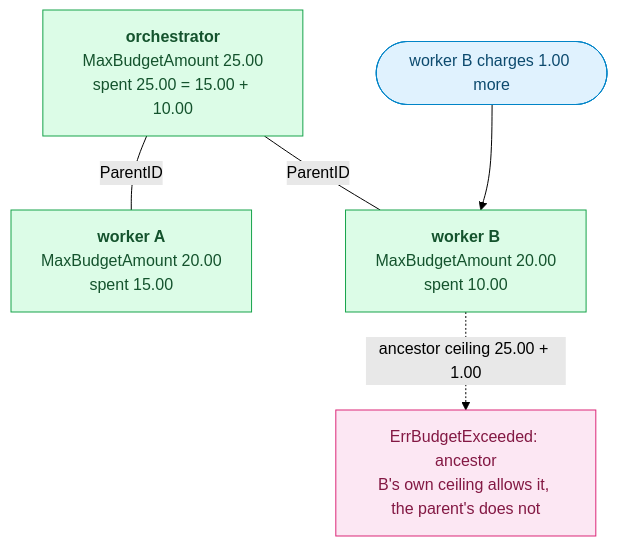
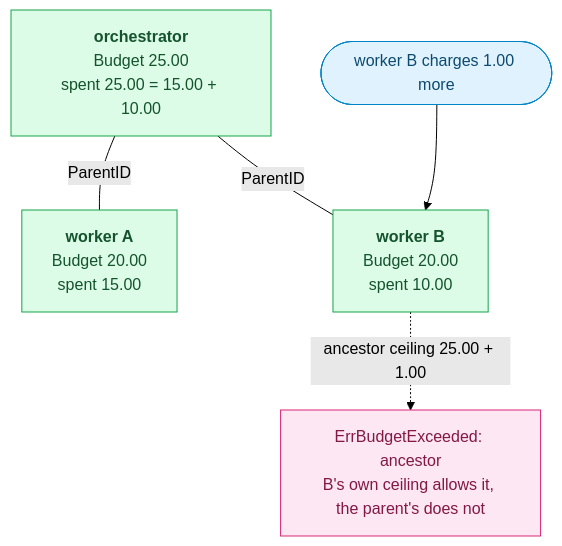
One commit to oleg-tkachuk/limes changed the eighth of 11 diagrams in docs/diagrams.md. Above: the diagram before and after it, drawn with Mermaid (forest theme). The commit also changed other lines of this file and 3 other files, not shown here.

````diff
--- a/docs/diagrams.md
+++ b/docs/diagrams.md
@@ -489,20 +489,20 @@
 ```mermaid
 flowchart TB
-    p["<b>orchestrator</b><br/>MaxBudgetAmount 25.00<br/>spent 25.00 = 15.00 + 10.00"]
-    a["<b>worker A</b><br/>MaxBudgetAmount 20.00<br/>spent 15.00"]
-    b["<b>worker B</b><br/>MaxBudgetAmount 20.00<br/>spent 10.00"]
+    p["<b>orchestrator</b><br/>Budget 25.00<br/>spent 25.00 = 15.00 + 10.00"]
+    a["<b>worker A</b><br/>Budget 20.00<br/>spent 15.00"]
+    b["<b>worker B</b><br/>Budget 20.00<br/>spent 10.00"]
     next(["worker B charges 1.00 more"])
     deny["ErrBudgetExceeded: ancestor<br/>B's own ceiling allows it, the parent's does not"]
 
     p -- "ParentID" --- a
     p -- "ParentID" --- b
     next --> b
     b -. "ancestor ceiling 25.00 + 1.00" .-> deny
 
     classDef client fill:#E0F2FE,stroke:#0284C7,color:#0C4A6E
     classDef role fill:#DCFCE7,stroke:#16A34A,color:#14532D
     classDef external fill:#FCE7F3,stroke:#DB2777,color:#831843
     class next client
     class p,a,b role
     class deny external
 ```
````
